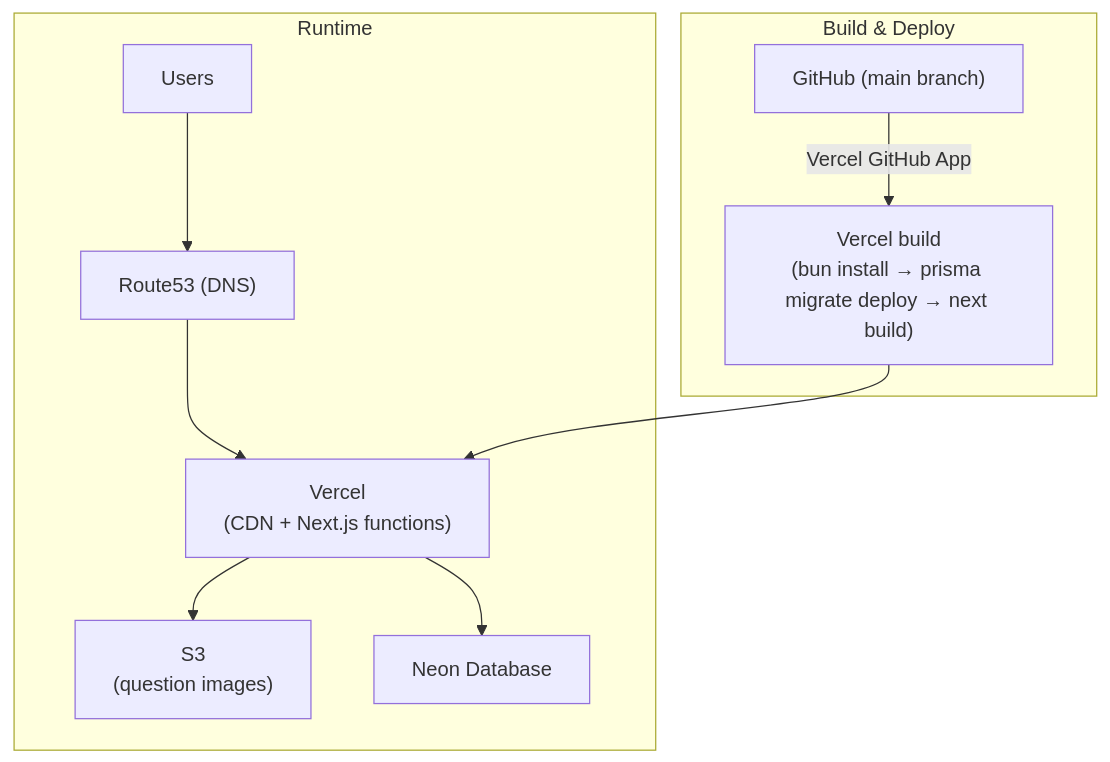
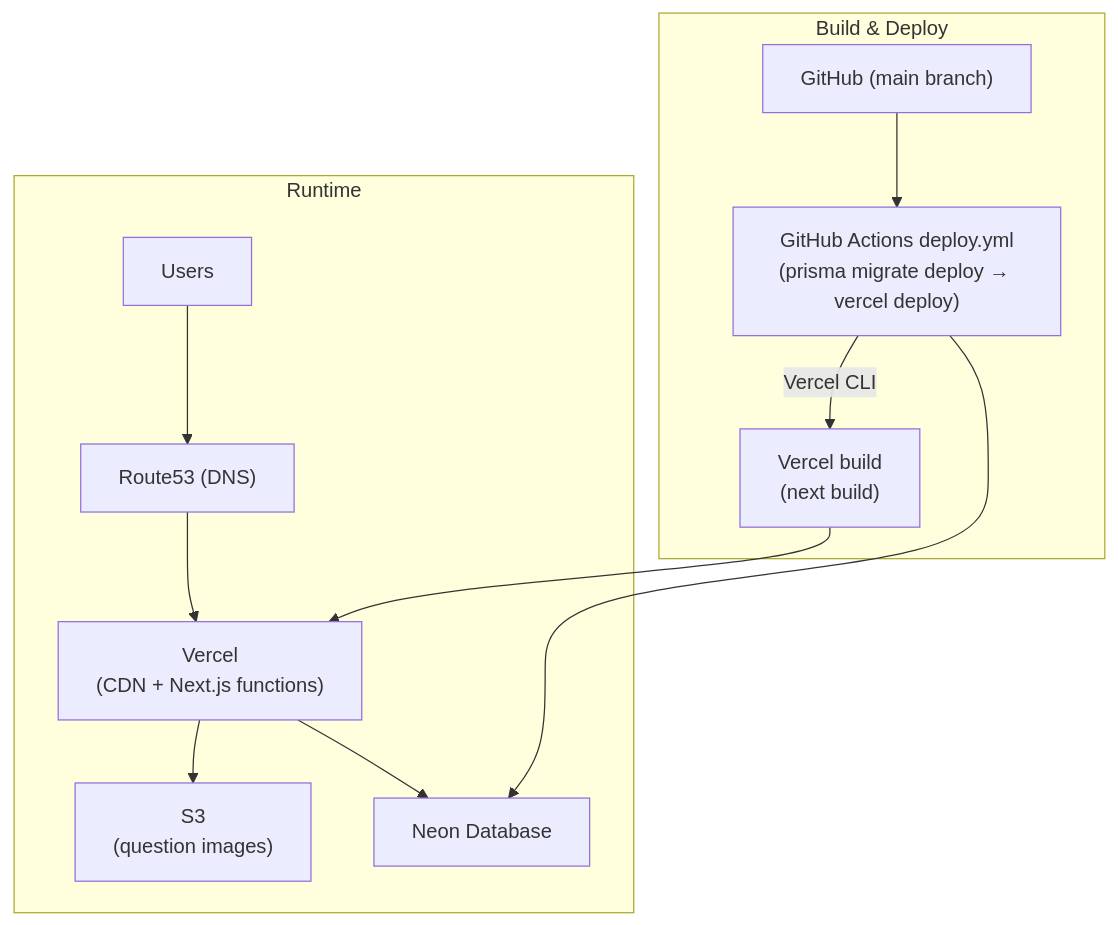
One commit to ahmax99/exam-prep changed the diagram in docs/architecture.md. Above: the diagram before and after it, drawn with Mermaid. The commit also changed other lines of this file and 16 other files, not shown here.

First line of the commit message:
feat(deploy): deploy the app to Vercel from GitHub Actions

````diff
--- a/docs/architecture.md
+++ b/docs/architecture.md
@@ -14,23 +14,26 @@
 ```mermaid
 flowchart TD
     subgraph "Runtime"
         Users["Users"]
         Route53["Route53 (DNS)"]
         Vercel["Vercel<br/>(CDN + Next.js functions)"]
         S3Uploads["S3<br/>(question images)"]
         NeonDB["Neon Database"]
     end
 
     subgraph "Build & Deploy"
         GitHub["GitHub (main branch)"]
-        VercelBuild["Vercel build<br/>(bun install → prisma migrate deploy → next build)"]
+        Actions["GitHub Actions deploy.yml<br/>(prisma migrate deploy → vercel deploy)"]
+        VercelBuild["Vercel build<br/>(next build)"]
     end
 
     Users --> Route53
     Route53 --> Vercel
     Vercel --> S3Uploads
     Vercel --> NeonDB
 
-    GitHub -->|Vercel GitHub App| VercelBuild
+    GitHub --> Actions
+    Actions --> NeonDB
+    Actions -->|Vercel CLI| VercelBuild
     VercelBuild --> Vercel
 ```
````
